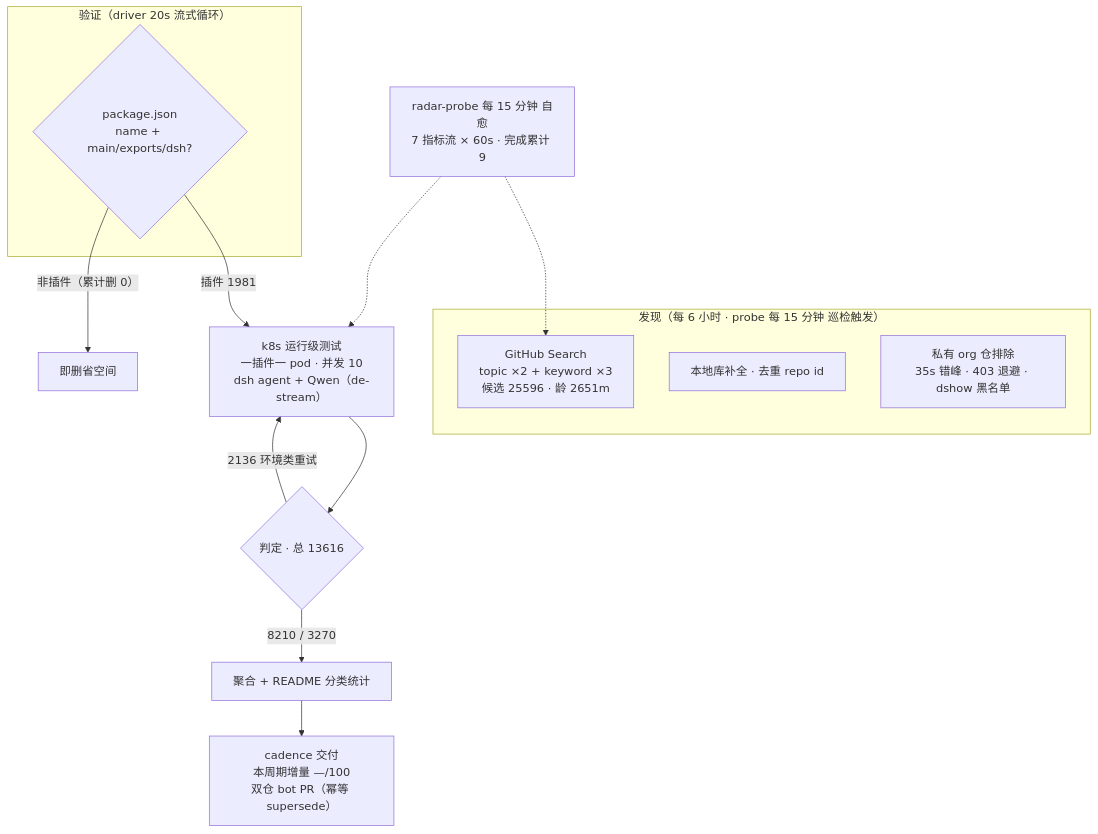
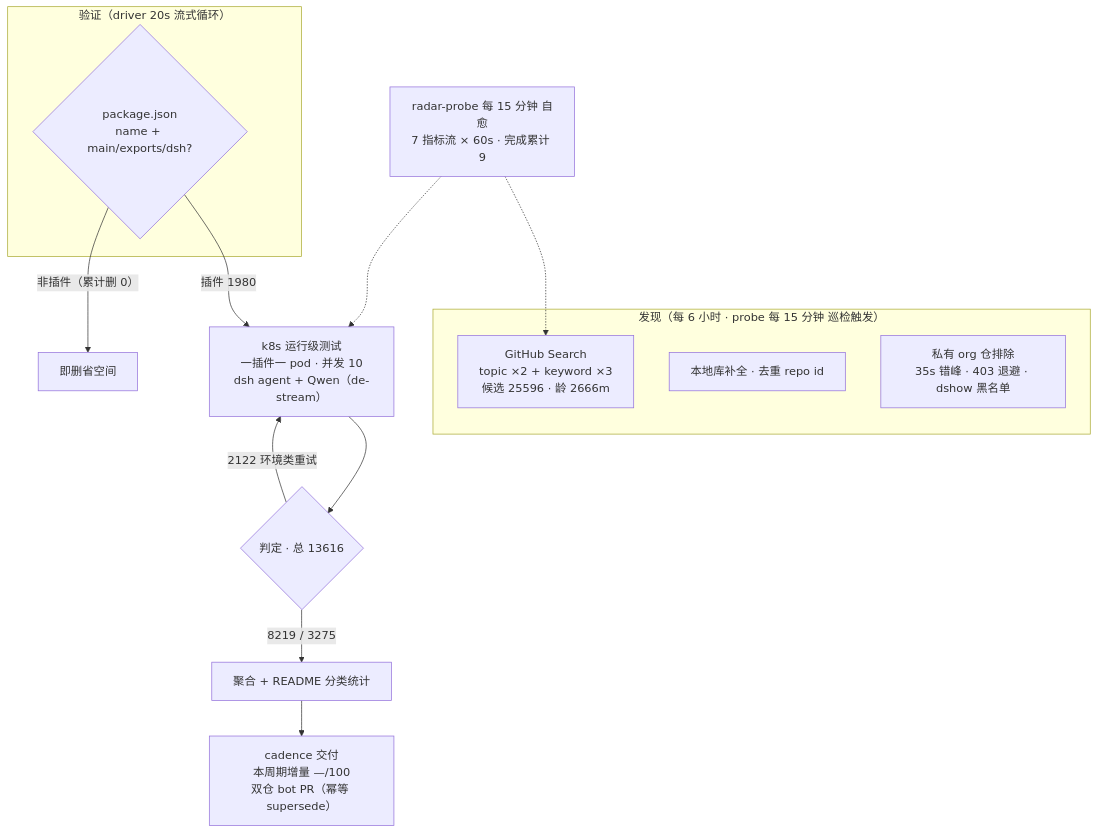
Before and after one commit to Zhidao-Lab-OSS/awesome-dsh-plugins: the diagram in README.md, drawn with Mermaid. The commit also changed other lines of this file and 1 other file, not shown here.

````diff
--- a/README.md
+++ b/README.md
@@ -54,20 +54,20 @@
 ```mermaid
 flowchart TB
     subgraph Discovery["发现（每 6 小时 · probe 每 15 分钟 巡检触发）"]
-        A1["GitHub Search<br/>topic ×2 + keyword ×3<br/>候选 25596 · 龄 2651m"]
+        A1["GitHub Search<br/>topic ×2 + keyword ×3<br/>候选 25596 · 龄 2666m"]
         A2["本地库补全 · 去重 repo id"]
         A3["私有 org 仓排除<br/>35s 错峰 · 403 退避 · dshow 黑名单"]
     end
     subgraph Validation["验证（driver 20s 流式循环）"]
         B1{"package.json<br/>name + main/exports/dsh?"}
     end
-    B1 -->|"插件 1981"| C1["k8s 运行级测试<br/>一插件一 pod · 并发 10<br/>dsh agent + Qwen（de-stream）"]
+    B1 -->|"插件 1980"| C1["k8s 运行级测试<br/>一插件一 pod · 并发 10<br/>dsh agent + Qwen（de-stream）"]
     B1 -->|"非插件（累计删 0）"| B3["即删省空间"]
     C1 --> D1{"判定 · 总 13616"}
-    D1 -->|"8210 / 3270"| E1["聚合 + README 分类统计"]
-    D1 -->|"2136 环境类重试"| C1
+    D1 -->|"8219 / 3275"| E1["聚合 + README 分类统计"]
+    D1 -->|"2122 环境类重试"| C1
     E1 --> E2["cadence 交付<br/>本周期增量 —/100<br/>双仓 bot PR（幂等 supersede）"]
     M["radar-probe 每 15 分钟 自愈<br/>7 指标流 × 60s · 完成累计 9"]
     M -.-> A1
     M -.-> C1
 ```
````
